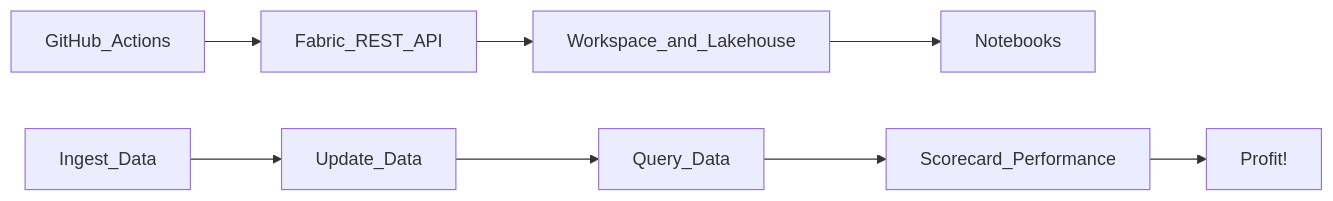
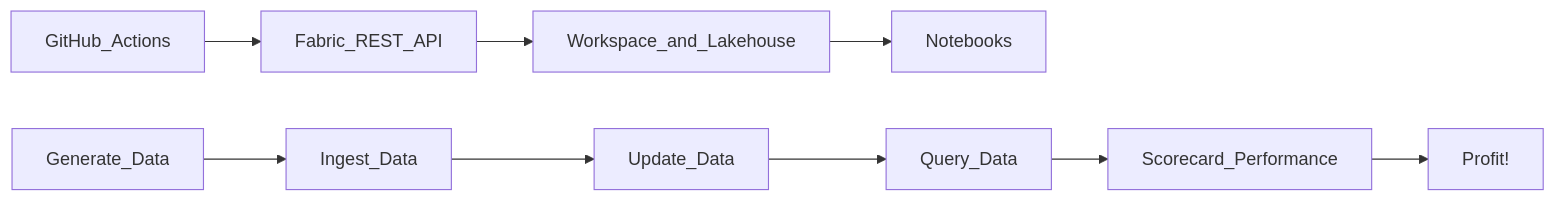
Before and after one commit to stuckerj1/bff: the diagram in README.md, drawn with Mermaid. The commit also changed other lines of this file, not shown here.

First line of the commit message:
Revise README checklist for data workflows

````diff
--- a/README.md
+++ b/README.md
@@ -19,10 +19,11 @@
 ```mermaid
 flowchart LR
     GitHub_Actions --> Fabric_REST_API
     Fabric_REST_API --> Workspace_and_Lakehouse
     Workspace_and_Lakehouse --> Notebooks
+    Generate_Data --> Ingest_Data
     Ingest_Data --> Update_Data
     Update_Data --> Query_Data
     Query_Data --> Scorecard_Performance
     Scorecard_Performance --> Profit!
 ```
````
